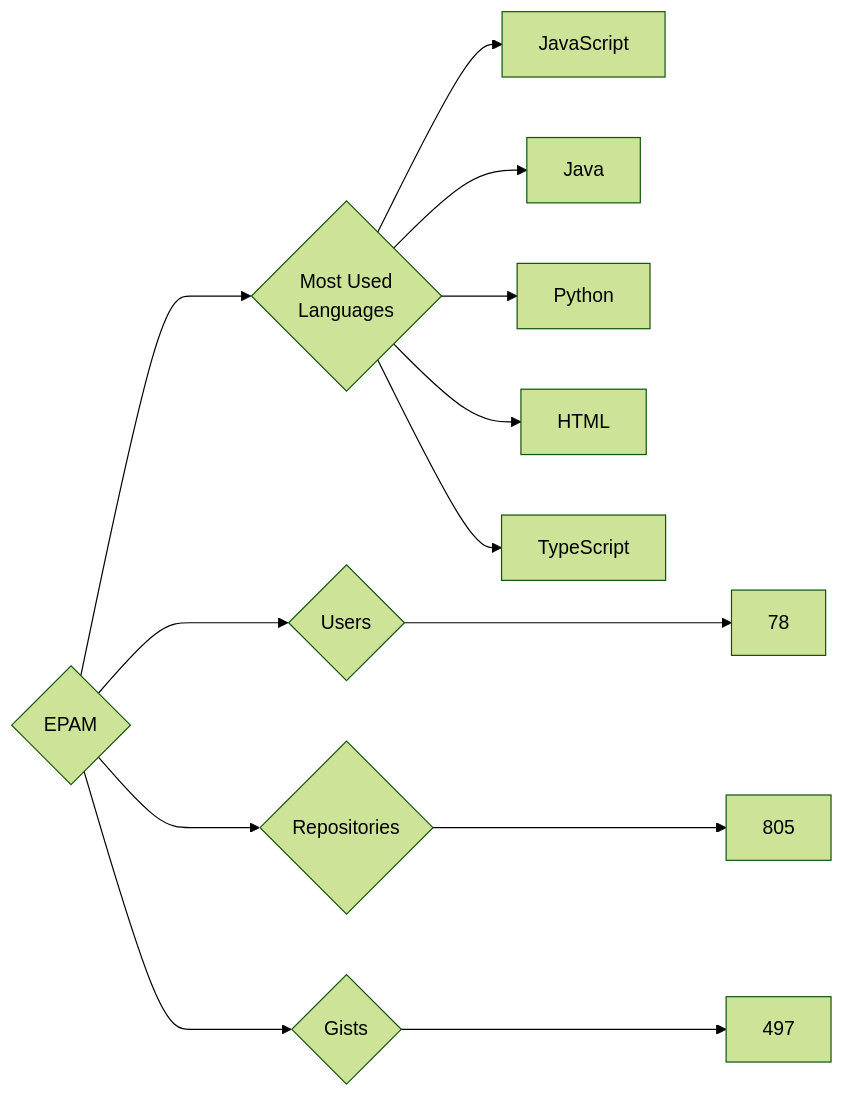
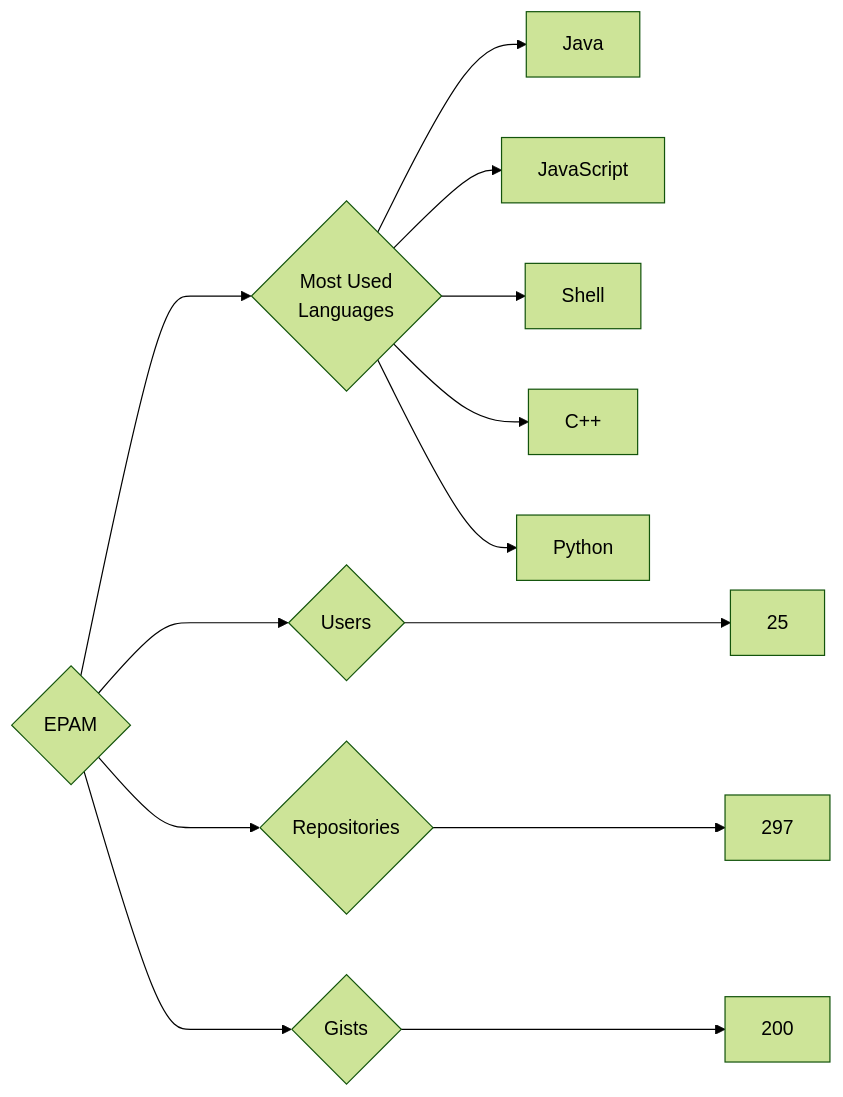
The diagram in targets/EPAM/README.md (trickest/insiders), drawn with Mermaid (forest theme) before and after one commit. The commit also changed 752 other files, not shown here.

````diff
--- a/targets/EPAM/README.md
+++ b/targets/EPAM/README.md
@@ -3,13 +3,13 @@
 ```mermaid
 graph LR
 COMPANY_NAME{EPAM}
-COMPANY_NAME ---> U{Users} ---> UN[78]
-COMPANY_NAME ---> R{Repositories} ---> RN[805]
-COMPANY_NAME ---> G{Gists} ---> GN[497]
+COMPANY_NAME ---> U{Users} ---> UN[25]
+COMPANY_NAME ---> R{Repositories} ---> RN[297]
+COMPANY_NAME ---> G{Gists} ---> GN[200]
 COMPANY_NAME ---> ML{Most Used<br>Languages}
+ML --> Java[Java]
 ML --> JavaScript[JavaScript]
-ML --> Java[Java]
+ML --> Shell[Shell]
+ML --> C++[C++]
 ML --> Python[Python]
-ML --> HTML[HTML]
-ML --> TypeScript[TypeScript]
 ```
````
